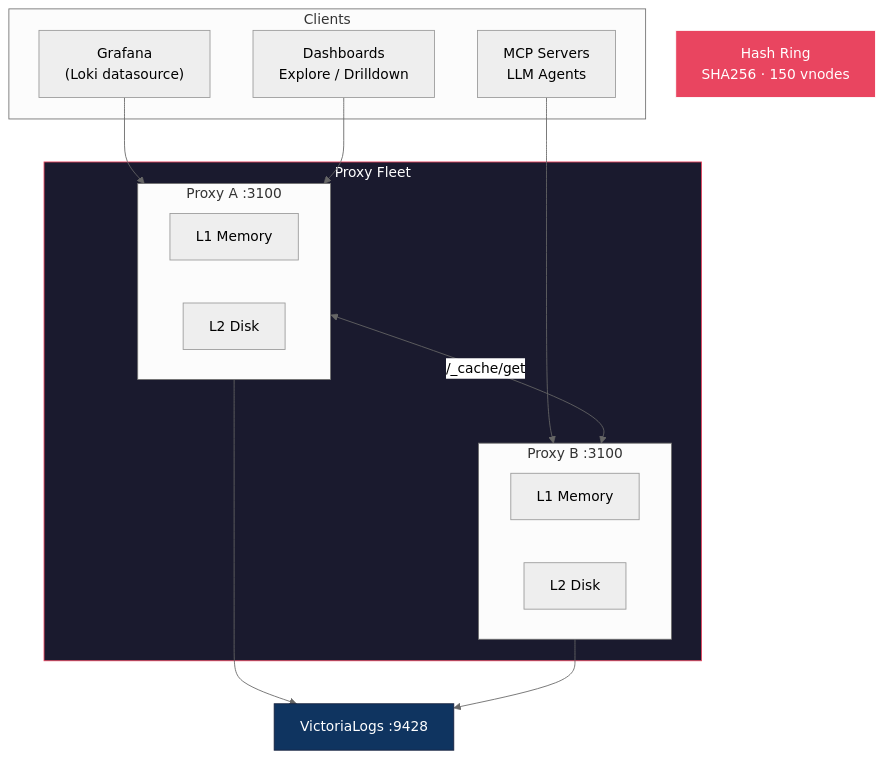
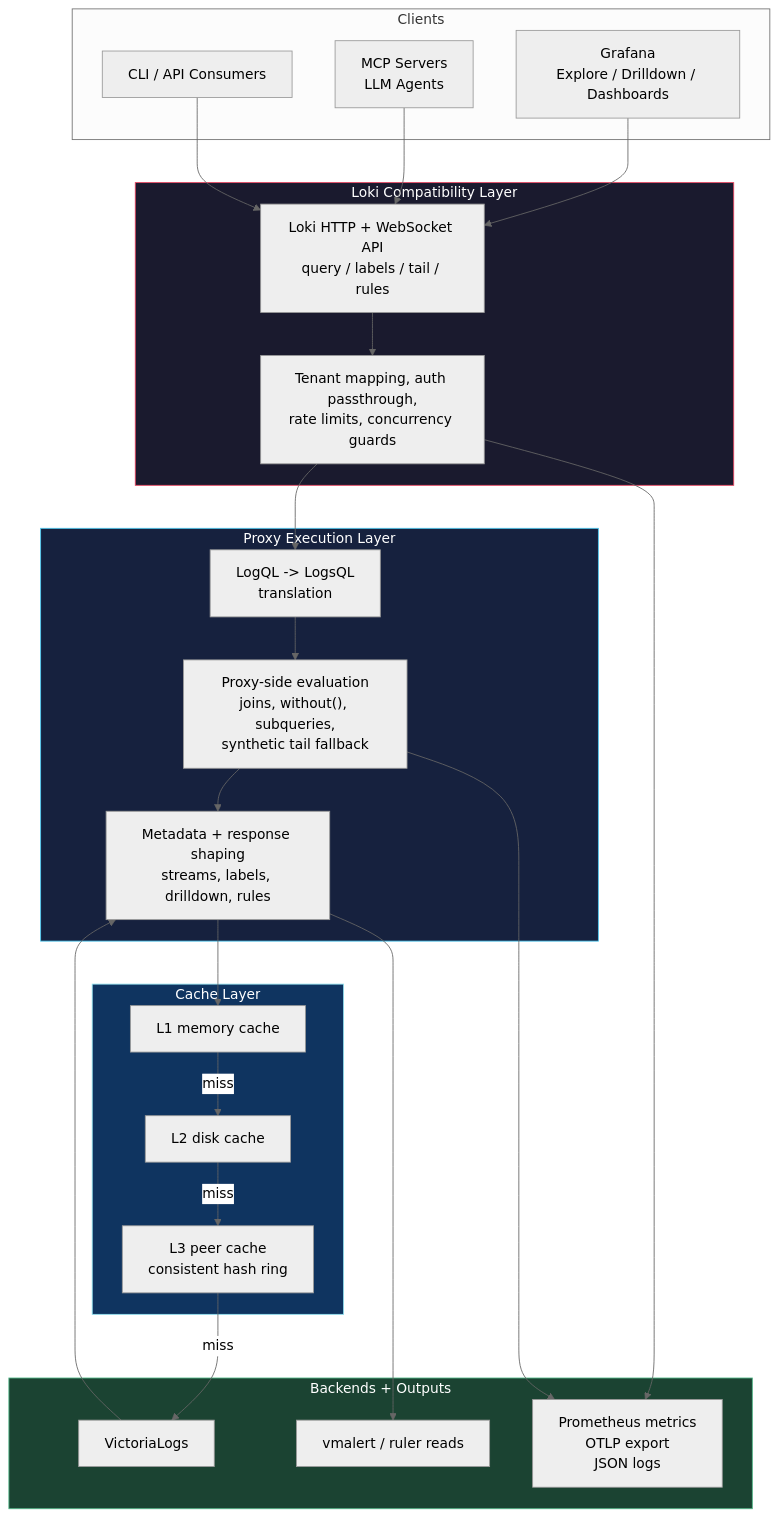
Before and after one commit to ReliablyObserve/Loki-VL-proxy: the first of 2 diagrams in README.md, drawn with Mermaid (neutral theme).

Commit message:
docs: make architecture diagram layered

````diff
--- a/README.md
+++ b/README.md
@@ -22,33 +22,49 @@
 ```mermaid
 flowchart TD
-    subgraph Clients
-        G["Grafana<br/>(Loki datasource)"]
+    subgraph L1["Clients"]
+        G["Grafana<br/>Explore / Drilldown / Dashboards"]
         M["MCP Servers<br/>LLM Agents"]
-        D["Dashboards<br/>Explore / Drilldown"]
+        C["CLI / API Consumers"]
     end
 
-    subgraph Fleet["Proxy Fleet"]
-        subgraph PA["Proxy A :3100"]
-            L1a["L1 Memory"]
-            L2a["L2 Disk"]
-        end
-        subgraph PB["Proxy B :3100"]
-            L1b["L1 Memory"]
-            L2b["L2 Disk"]
-        end
+    subgraph L2["Loki Compatibility Layer"]
+        API["Loki HTTP + WebSocket API<br/>query / labels / tail / rules"]
+        GUARD["Tenant mapping, auth passthrough,<br/>rate limits, concurrency guards"]
     end
 
-    HR["Hash Ring<br/>SHA256 · 150 vnodes"]
-    VL["VictoriaLogs :9428"]
+    subgraph L3["Proxy Execution Layer"]
+        TR["LogQL -> LogsQL<br/>translation"]
+        EVAL["Proxy-side evaluation<br/>joins, without(), subqueries,<br/>synthetic tail fallback"]
+        SHAPE["Metadata + response shaping<br/>streams, labels, drilldown, rules"]
+    end
 
-    G --> PA
-    M --> PB
-    D --> PA
-    PA <-->|"/_cache/get"| PB
-    PA --> VL
-    PB --> VL
+    subgraph L4["Cache Layer"]
+        MEM["L1 memory cache"]
+        DISK["L2 disk cache"]
+        PEER["L3 peer cache<br/>consistent hash ring"]
+    end
 
-    style Fleet fill:#1a1a2e,stroke:#e94560,color:#fff
-    style VL fill:#0f3460,stroke:#16213e,color:#fff
-    style HR fill:#e94560,stroke:#fff,color:#fff
+    subgraph L5["Backends + Outputs"]
+        VL["VictoriaLogs"]
+        RULES["vmalert / ruler reads"]
+        OBS["Prometheus metrics<br/>OTLP export<br/>JSON logs"]
+    end
+
+    G --> API
+    M --> API
+    C --> API
+    API --> GUARD --> TR --> EVAL --> SHAPE
+    SHAPE --> MEM
+    MEM -->|miss| DISK
+    DISK -->|miss| PEER
+    PEER -->|miss| VL
+    VL --> SHAPE
+    SHAPE --> RULES
+    GUARD --> OBS
+    EVAL --> OBS
+
+    style L2 fill:#1a1a2e,stroke:#e94560,color:#fff
+    style L3 fill:#16213e,stroke:#4cc9f0,color:#fff
+    style L4 fill:#0f3460,stroke:#90e0ef,color:#fff
+    style L5 fill:#1b4332,stroke:#52b788,color:#fff
 ```
````
